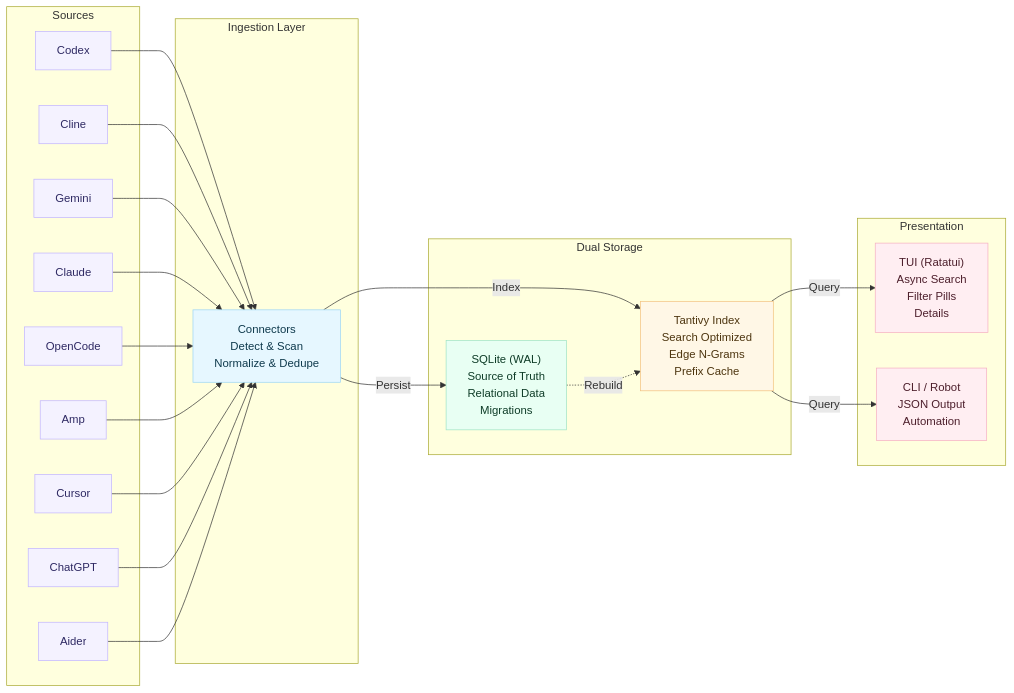
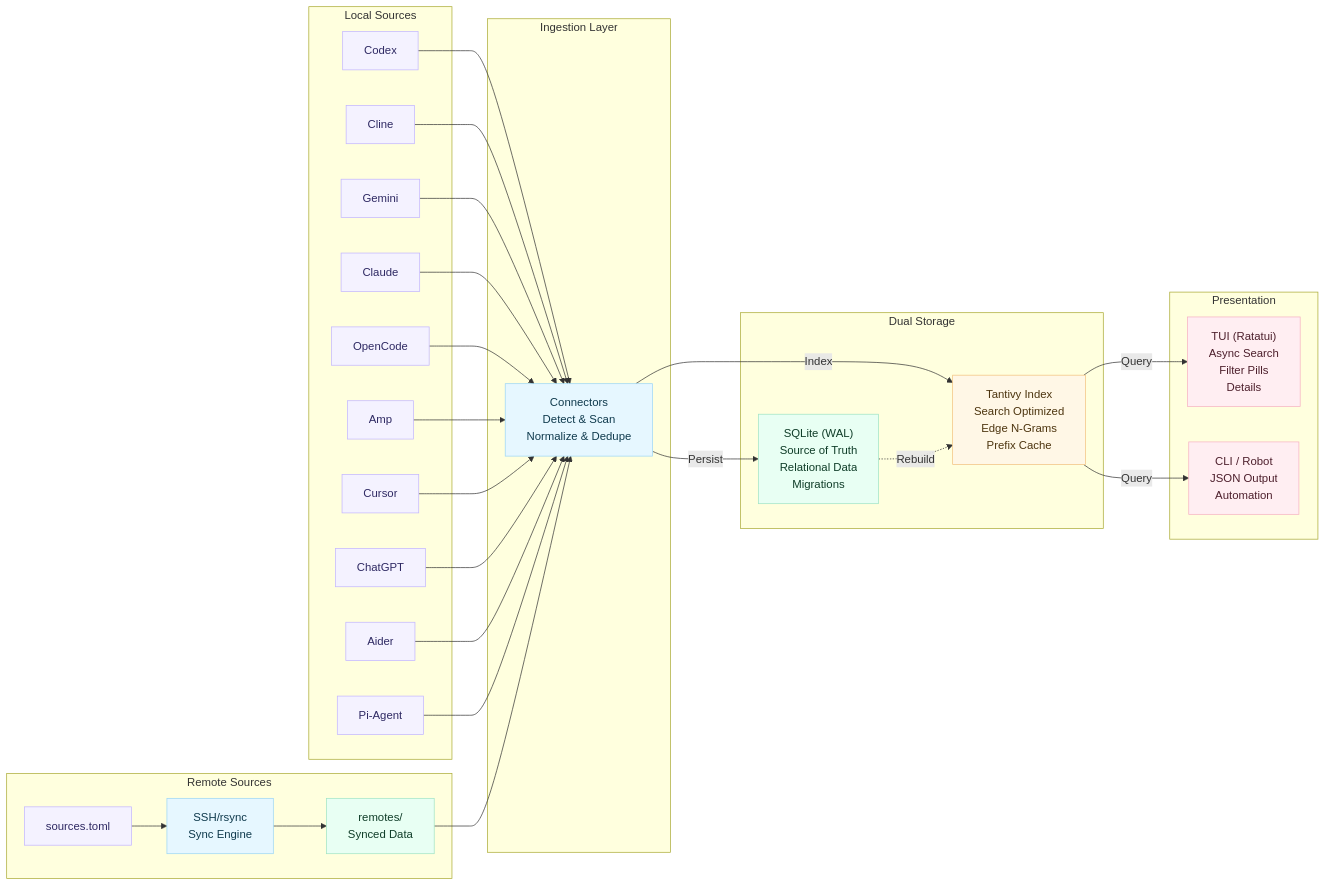
The second of 3 diagrams in README.md (joyshmitz/coding_agent_session_search), drawn with Mermaid before and after one commit. The commit also changed other lines of this file and 1 other file, not shown here.

Commit message:
docs: Update architecture diagrams with Pi-Agent and Remote Sources
Connector Interface diagram:
- Add PiAgentConnector to connector class list
- Add emits relationship for PiAgentConnector

Data Flow diagram:
- Rename "Sources" to "Local Sources"
- Add Pi-Agent to local sources list
- Add new "Remote Sources" subgraph showing:
  - sources.toml → SSH/rsync Sync Engine → remotes/ Synced Data
- Connect remote sources to ingestion layer

Beads completed: a4i3 (DOC.6) - this unblocks QA.1

🤖 Generated with [Claude Code](https://claude.com/claude-code)

````diff
--- a/README.md
+++ b/README.md
@@ -1061,49 +1063,60 @@
 ```mermaid
 flowchart LR
  classDef pastel fill:#f4f2ff,stroke:#c2b5ff,color:#2e2963;
  classDef pastel2 fill:#e6f7ff,stroke:#9bd5f5,color:#0f3a4d;
  classDef pastel3 fill:#e8fff3,stroke:#9fe3c5,color:#0f3d28;
  classDef pastel4 fill:#fff7e6,stroke:#f2c27f,color:#4d350f;
  classDef pastel5 fill:#ffeef2,stroke:#f5b0c2,color:#4d1f2c;
 
- subgraph Sources
+ subgraph Sources["Local Sources"]
  A1[Codex]:::pastel
  A2[Cline]:::pastel
  A3[Gemini]:::pastel
  A4[Claude]:::pastel
  A5[OpenCode]:::pastel
  A6[Amp]:::pastel
  A7[Cursor]:::pastel
  A8[ChatGPT]:::pastel
  A9[Aider]:::pastel
+ A10[Pi-Agent]:::pastel
+ end
+
+ subgraph Remote["Remote Sources"]
+ R1["sources.toml"]:::pastel
+ R2["SSH/rsync\nSync Engine"]:::pastel2
+ R3["remotes/\nSynced Data"]:::pastel3
  end
 
  subgraph "Ingestion Layer"
  C1["Connectors\nDetect & Scan\nNormalize & Dedupe"]:::pastel2
  end
 
  subgraph "Dual Storage"
  S1["SQLite (WAL)\nSource of Truth\nRelational Data\nMigrations"]:::pastel3
  T1["Tantivy Index\nSearch Optimized\nEdge N-Grams\nPrefix Cache"]:::pastel4
  end
 
  subgraph "Presentation"
  U1["TUI (Ratatui)\nAsync Search\nFilter Pills\nDetails"]:::pastel5
  U2["CLI / Robot\nJSON Output\nAutomation"]:::pastel5
  end
 
  A1 --> C1
  A2 --> C1
  A3 --> C1
  A4 --> C1
  A5 --> C1
  A6 --> C1
  A7 --> C1
  A8 --> C1
  A9 --> C1
+ A10 --> C1
+ R1 --> R2
+ R2 --> R3
+ R3 --> C1
  C1 -->|Persist| S1
  C1 -->|Index| T1
  S1 -.->|Rebuild| T1
  T1 -->|Query| U1
  T1 -->|Query| U2
 ```
````
